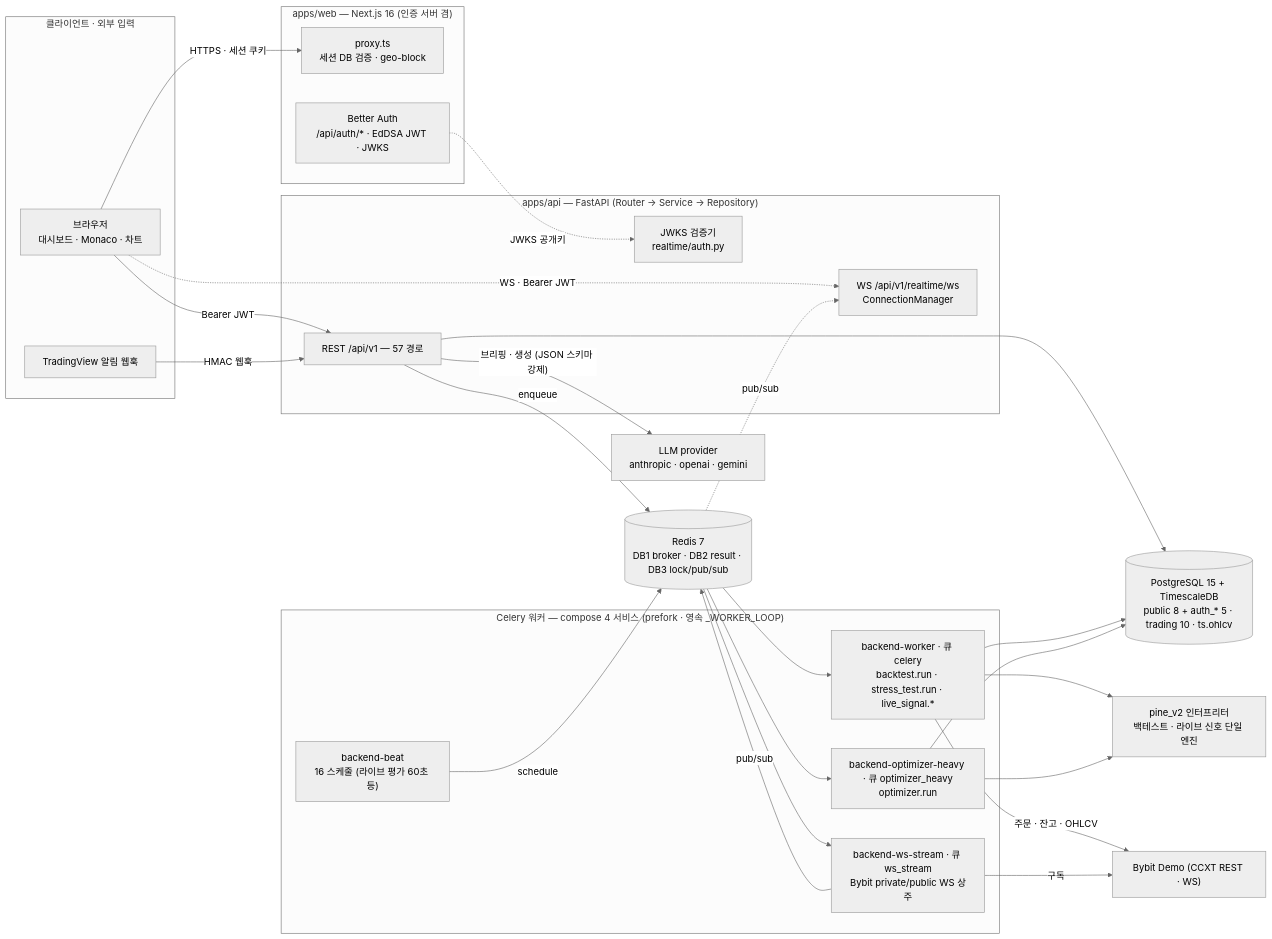
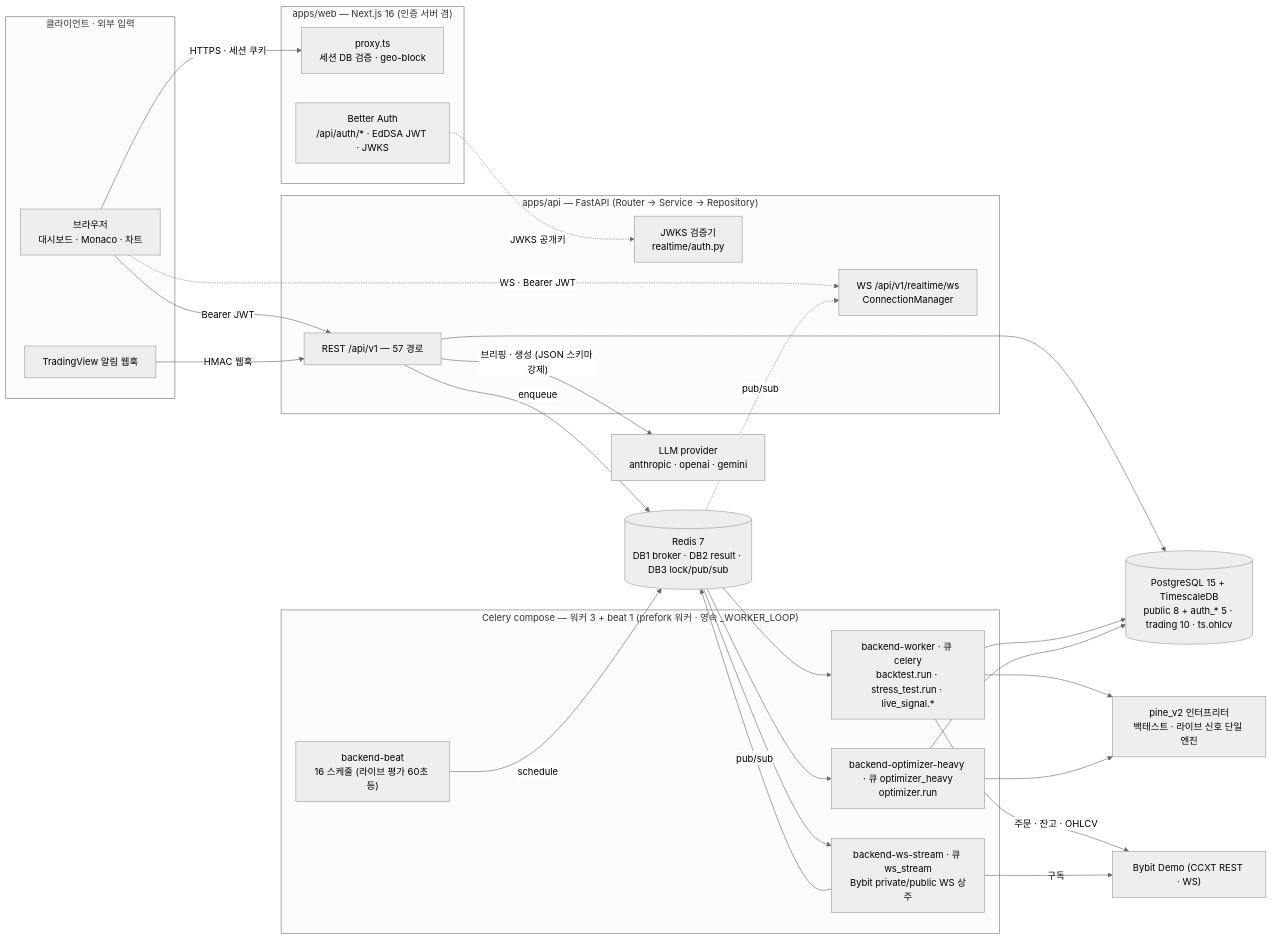
Before and after one commit to woosung-dev/quantbridge: the first of 2 diagrams in README.md, drawn with Mermaid (neutral theme). The commit also changed other lines of this file and 6 other files, not shown here.

Commit message:
docs(architecture): correct worker and layer semantics

````diff
--- a/README.md
+++ b/README.md
@@ -87,53 +87,53 @@
 ```mermaid
 flowchart LR
     subgraph Client["클라이언트 · 외부 입력"]
         UI["브라우저<br/>대시보드 · Monaco · 차트"]
         TV["TradingView 알림 웹훅"]
     end
 
     subgraph Web["apps/web — Next.js 16 (인증 서버 겸)"]
         PROXY["proxy.ts<br/>세션 DB 검증 · geo-block"]
         BA["Better Auth<br/>/api/auth/* · EdDSA JWT · JWKS"]
     end
 
     subgraph Api["apps/api — FastAPI (Router → Service → Repository)"]
         REST["REST /api/v1 — 57 경로"]
         JWTV["JWKS 검증기<br/>realtime/auth.py"]
         WSR["WS /api/v1/realtime/ws<br/>ConnectionManager"]
     end
 
-    subgraph Workers["Celery 워커 — compose 4 서비스 (prefork · 영속 _WORKER_LOOP)"]
+    subgraph Workers["Celery compose — 워커 3 + beat 1 (prefork 워커 · 영속 _WORKER_LOOP)"]
         W["backend-worker · 큐 celery<br/>backtest.run · stress_test.run · live_signal.*"]
         H["backend-optimizer-heavy · 큐 optimizer_heavy<br/>optimizer.run"]
         S["backend-ws-stream · 큐 ws_stream<br/>Bybit private/public WS 상주"]
         B["backend-beat<br/>16 스케줄 (라이브 평가 60초 등)"]
     end
 
     PINE["pine_v2 인터프리터<br/>백테스트 · 라이브 신호 단일 엔진"]
 
     PG[("PostgreSQL 15 + TimescaleDB<br/>public 8 + auth_* 5 · trading 10 · ts.ohlcv")]
     REDIS[("Redis 7<br/>DB1 broker · DB2 result · DB3 lock/pub/sub")]
     BYBIT["Bybit Demo (CCXT REST · WS)"]
     LLM["LLM provider<br/>anthropic · openai · gemini"]
 
     UI -- "HTTPS · 세션 쿠키" --> PROXY
     UI -- "Bearer JWT" --> REST
     UI -. "WS · Bearer JWT" .-> WSR
     BA -. "JWKS 공개키" .-> JWTV
     TV -- "HMAC 웹훅" --> REST
     REST --> PG
     REST -- "enqueue" --> REDIS
     REST -- "브리핑 · 생성 (JSON 스키마 강제)" --> LLM
     B -- "schedule" --> REDIS
     REDIS --> W
     REDIS --> H
     REDIS --> S
     W --> PINE
     H --> PINE
     W --> PG
     H --> PG
     W -- "주문 · 잔고 · OHLCV" --> BYBIT
     S -- "구독" --> BYBIT
     S -- "pub/sub" --> REDIS
     REDIS -. "pub/sub" .-> WSR
 ```
````
